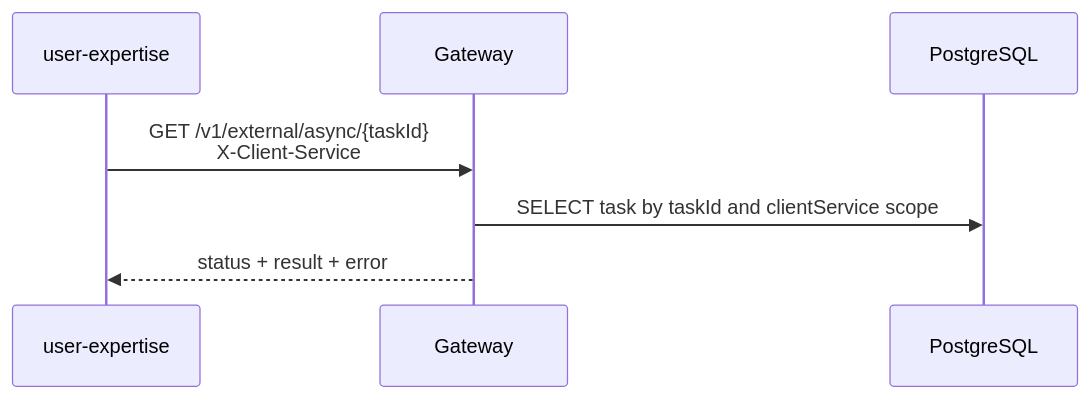
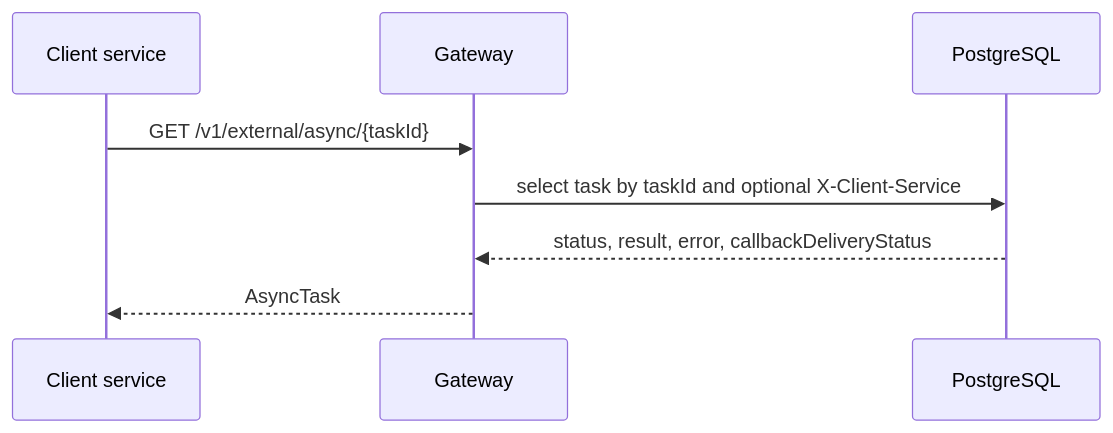
Before and after one commit to DenisVanin4402/TestQwenCli: diagram 11 of 11 in docs/external-service-gateway/README.md, drawn with Mermaid. The commit also changed other lines of this file and 11 other files, not shown here.

````diff
--- a/docs/external-service-gateway/README.md
+++ b/docs/external-service-gateway/README.md
@@ -237,10 +319,11 @@
 ```mermaid
 sequenceDiagram
-    participant C as user-expertise
+    participant C as Client service
     participant G as Gateway
     participant DB as PostgreSQL
 
-    C->>G: GET /v1/external/async/{taskId}<br/>X-Client-Service
-    G->>DB: SELECT task by taskId and clientService scope
-    G-->>C: status + result + error
+    C->>G: GET /v1/external/async/{taskId}
+    G->>DB: select task by taskId and optional X-Client-Service
+    DB-->>G: status, result, error, callbackDeliveryStatus
+    G-->>C: AsyncTask
 ```
````
